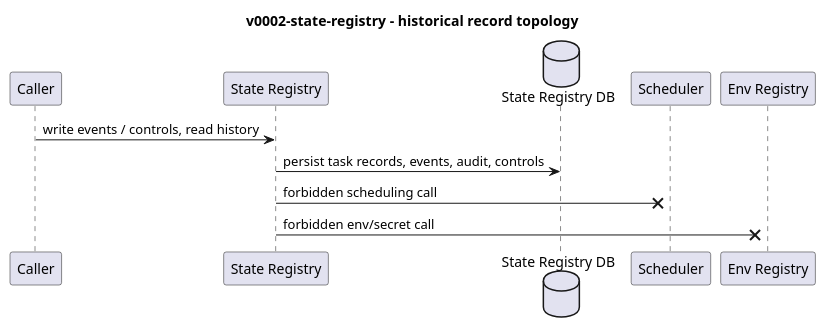
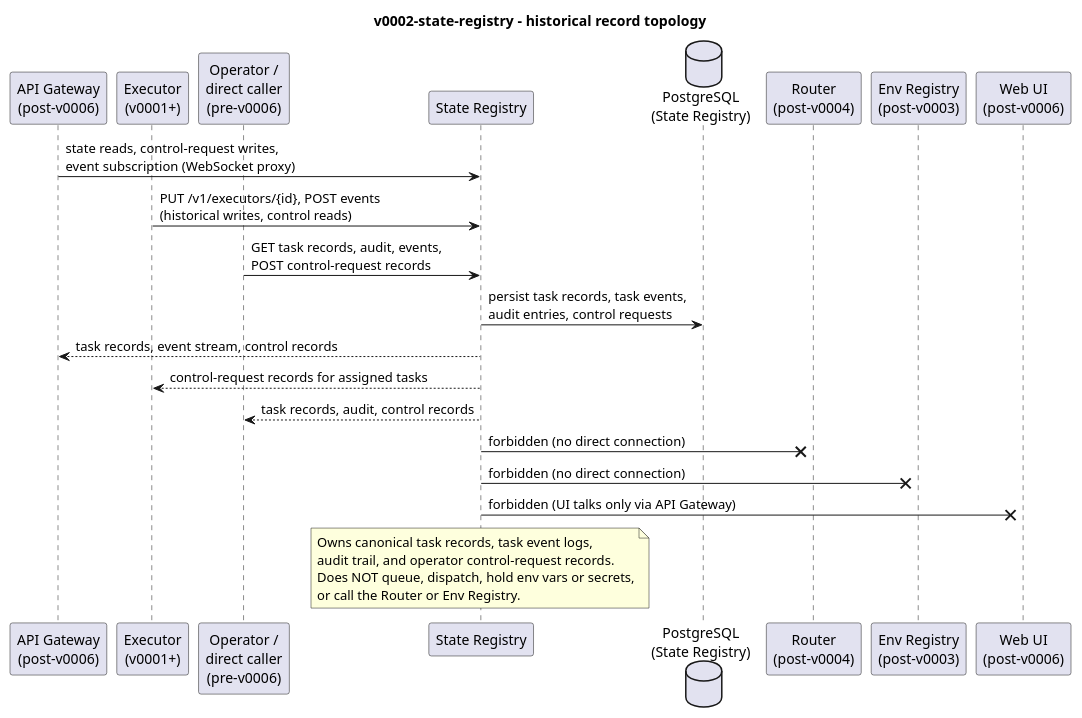
One commit to pandops/flowai changed the diagram in openspec/changes/v0002-state-registry/specs/diagrams/01-state-registry-topology.puml. Above: the diagram before and after it, drawn with PlantUML. The commit also changed 77 other files, not shown here.

```diff
--- a/openspec/changes/v0002-state-registry/specs/diagrams/01-state-registry-topology.puml
+++ b/openspec/changes/v0002-state-registry/specs/diagrams/01-state-registry-topology.puml
@@ -1,15 +1,32 @@
 @startuml
 title v0002-state-registry - historical record topology
 
-participant "Caller" as Caller
+participant "API Gateway\n(post-v0006)" as GW
+participant "Executor\n(v0001+)" as Ex
+participant "Operator /\ndirect caller\n(pre-v0006)" as Direct
 participant "State Registry" as State
-database "State Registry DB" as Db
-participant "Scheduler" as Scheduler
-participant "Env Registry" as Env
+database "PostgreSQL\n(State Registry)" as Pg
+participant "Router\n(post-v0004)" as Router
+participant "Env Registry\n(post-v0003)" as Env
+participant "Web UI\n(post-v0006)" as UI
 
-Caller -> State : write events / controls, read history
-State -> Db : persist task records, events, audit, controls
-State -x Scheduler : forbidden scheduling call
-State -x Env : forbidden env/secret call
+GW -> State : state reads, control-request writes,\nevent subscription (WebSocket proxy)
+Ex -> State : PUT /v1/executors/{id}, POST events\n(historical writes, control reads)
+Direct -> State : GET task records, audit, events,\nPOST control-request records
+State -> Pg : persist task records, task events,\naudit entries, control requests
+State --> GW : task records, event stream, control records
+State --> Ex : control-request records for assigned tasks
+State --> Direct : task records, audit, control records
+
+State -x Router : forbidden (no direct connection)
+State -x Env : forbidden (no direct connection)
+State -x UI : forbidden (UI talks only via API Gateway)
+
+note over State
+  Owns canonical task records, task event logs,
+  audit trail, and operator control-request records.
+  Does NOT queue, dispatch, hold env vars or secrets,
+  or call the Router or Env Registry.
+end note
 
 @enduml
```
